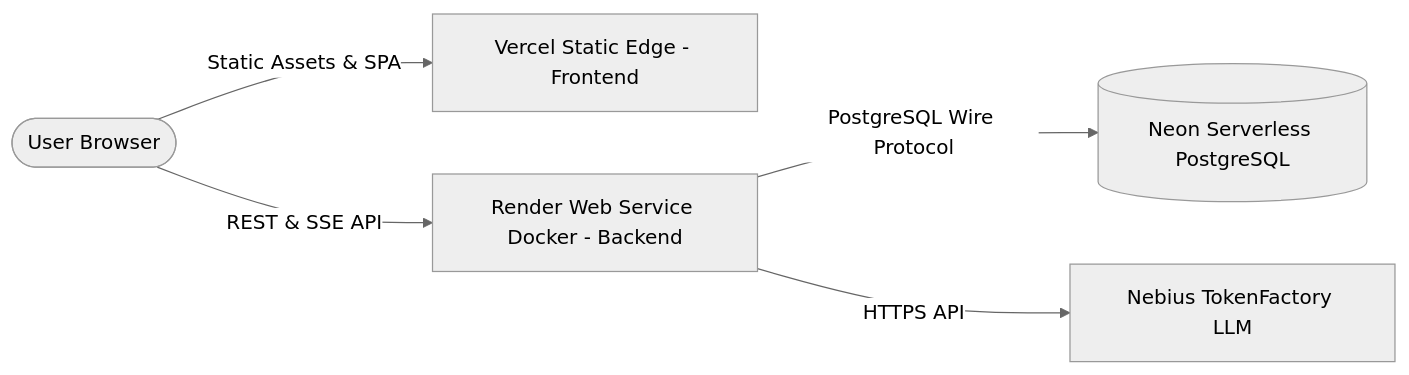
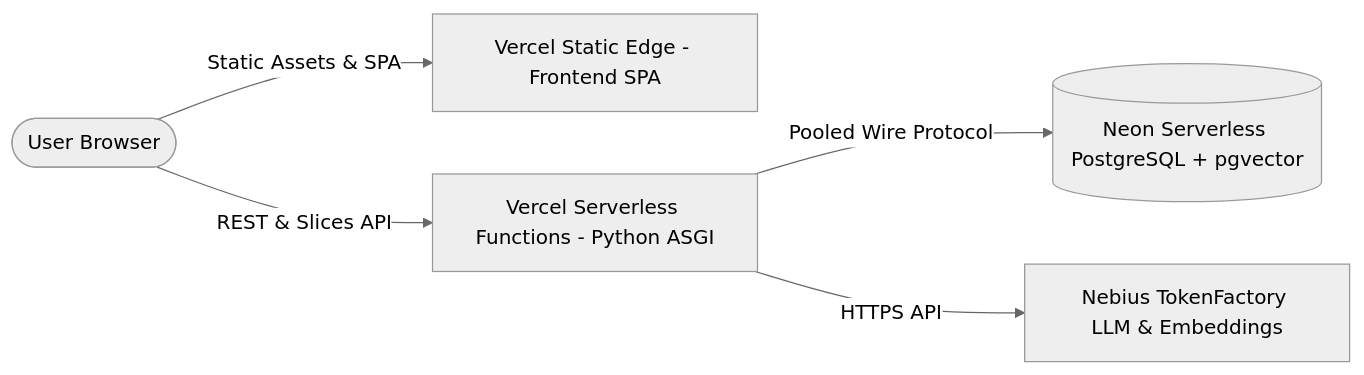
One commit to manojmdev/MEMORA-AI changed the diagram in docs/DEPLOYMENT.md. Above: the diagram before and after it, drawn with Mermaid (neutral theme). The commit also changed other lines of this file and 15 other files, not shown here.

Commit message:
fix(deploy): add root API entrypoint for Vercel

````diff
--- a/docs/DEPLOYMENT.md
+++ b/docs/DEPLOYMENT.md
@@ -7,7 +7,7 @@
 ```mermaid
 flowchart LR
-    Client([User Browser]) -->|Static Assets & SPA| Vercel[Vercel Static Edge - Frontend]
-    Client -->|REST & SSE API| Render[Render Web Service Docker - Backend]
-    Render -->|PostgreSQL Wire Protocol| Neon[(Neon Serverless PostgreSQL)]
-    Render -->|HTTPS API| Nebius[Nebius TokenFactory LLM]
+    Client([User Browser]) -->|Static Assets & SPA| VercelFE[Vercel Static Edge - Frontend SPA]
+    Client -->|REST & Slices API| VercelBE[Vercel Serverless Functions - Python ASGI]
+    VercelBE -->|Pooled Wire Protocol| Neon[(Neon Serverless PostgreSQL + pgvector)]
+    VercelBE -->|HTTPS API| Nebius[Nebius TokenFactory LLM & Embeddings]
 ```
````
